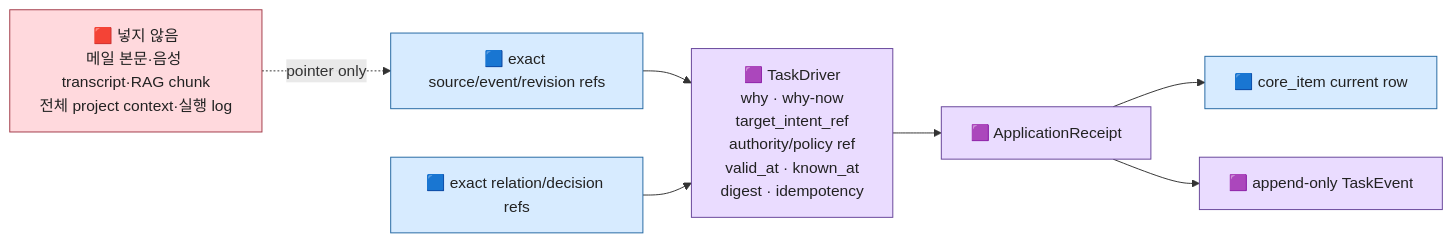
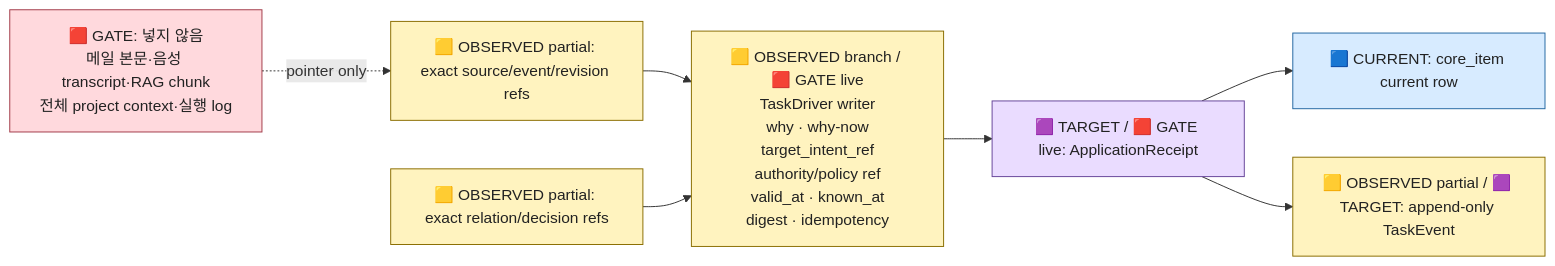
The fourth of 11 diagrams in ui-workspace/apps/dev-erp/docs/AX_WORKSPACE_TASK_ENGINE_INTEGRATED_VALIDATION_PLAN_V0.md (SungYongMOON/soulforge), drawn with Mermaid before and after one commit. The commit also changed other lines of this file, not shown here.

````diff
--- a/ui-workspace/apps/dev-erp/docs/AX_WORKSPACE_TASK_ENGINE_INTEGRATED_VALIDATION_PLAN_V0.md
+++ b/ui-workspace/apps/dev-erp/docs/AX_WORKSPACE_TASK_ENGINE_INTEGRATED_VALIDATION_PLAN_V0.md
@@ -220,17 +396,19 @@
 ```mermaid
 flowchart LR
-  SRC["🟦 exact source/event/revision refs"] --> D["🟪 TaskDriver<br/>why · why-now<br/>target_intent_ref<br/>authority/policy ref<br/>valid_at · known_at<br/>digest · idempotency"]
-  REL["🟦 exact relation/decision refs"] --> D
-  D --> REC["🟪 ApplicationReceipt"]
-  REC --> TASK["🟦 core_item current row"]
-  REC --> EVT["🟪 append-only TaskEvent"]
+  SRC["🟨 OBSERVED partial: exact source/event/revision refs"] --> D["🟨 OBSERVED branch / 🟥 GATE live<br/>TaskDriver writer<br/>why · why-now<br/>target_intent_ref<br/>authority/policy ref<br/>valid_at · known_at<br/>digest · idempotency"]
+  REL["🟨 OBSERVED partial: exact relation/decision refs"] --> D
+  D --> REC["🟪 TARGET / 🟥 GATE live: ApplicationReceipt"]
+  REC --> TASK["🟦 CURRENT: core_item current row"]
+  REC --> EVT["🟨 OBSERVED partial / 🟪 TARGET: append-only TaskEvent"]
 
-  RAW["🟥 넣지 않음<br/>메일 본문·음성 transcript·RAG chunk<br/>전체 project context·실행 log"] -. pointer only .-> SRC
+  RAW["🟥 GATE: 넣지 않음<br/>메일 본문·음성 transcript·RAG chunk<br/>전체 project context·실행 log"] -. pointer only .-> SRC
 
   classDef current fill:#d7ebff,stroke:#2468a2,color:#222
+  classDef observed fill:#fff3bf,stroke:#8a6d00,color:#222
   classDef target fill:#eadcff,stroke:#67459a,color:#222
   classDef gate fill:#ffd9dd,stroke:#a23b49,color:#222
-  class SRC,REL,TASK current
-  class D,REC,EVT target
+  class TASK current
+  class SRC,REL,D,EVT observed
+  class REC target
   class RAW gate
 ```
````
